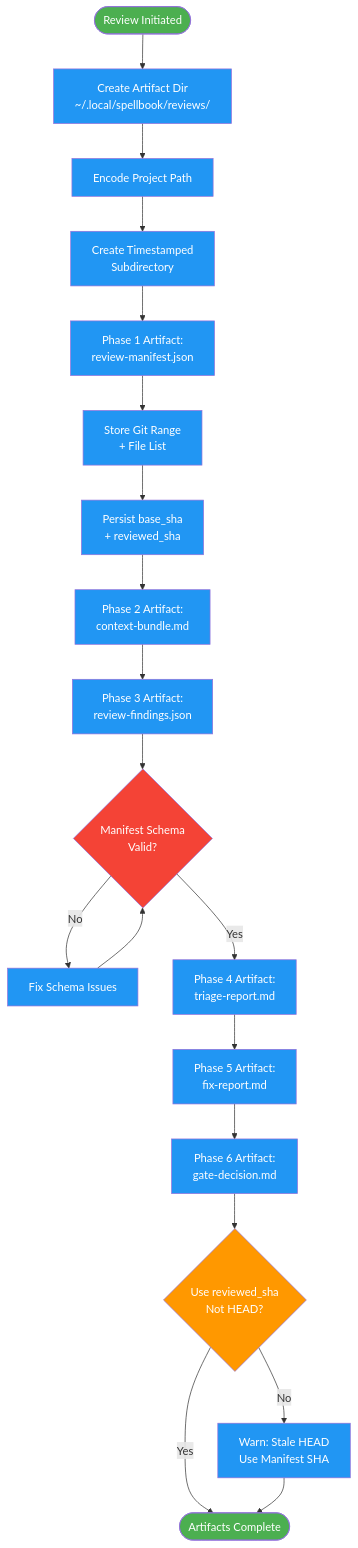
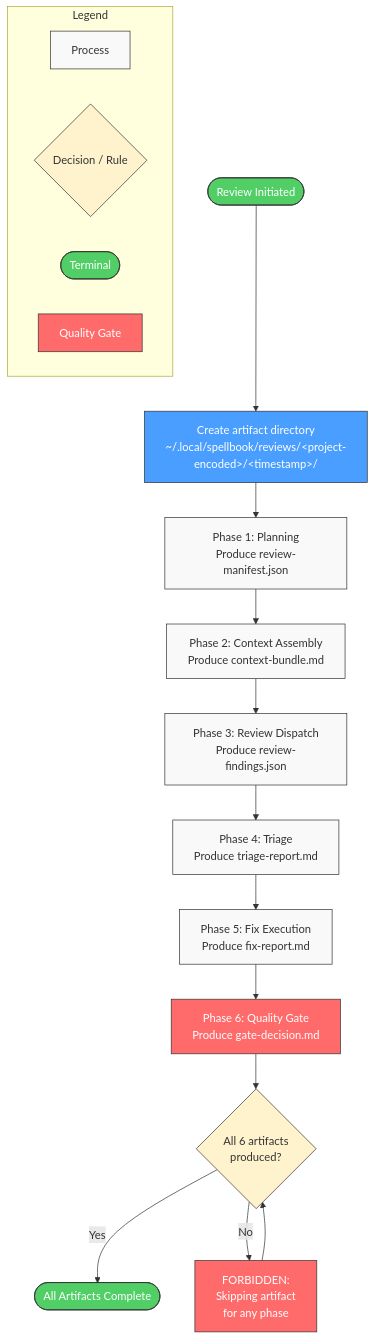
Before and after one commit to axiomantic/spellbook: the first of 3 diagrams in docs/commands/request-review-artifacts.md, drawn with Mermaid. The commit also changed other lines of this file and 217 other files, not shown here.

First line of the commit message:
Redesign develop skill execution model, add scope drift detection and dispatch enforcement

````diff
--- a/docs/commands/request-review-artifacts.md
+++ b/docs/commands/request-review-artifacts.md
@@ -7,39 +9,40 @@
 ```mermaid
 flowchart TD
-    Start([Review Initiated]) --> CreateDir["Create Artifact Dir\n~/.local/spellbook/reviews/"]
-    CreateDir --> EncodeProject["Encode Project Path"]
-    EncodeProject --> TimestampDir["Create Timestamped\nSubdirectory"]
-    TimestampDir --> P1Art["Phase 1 Artifact:\nreview-manifest.json"]
-    P1Art --> StoreRange["Store Git Range\n+ File List"]
-    StoreRange --> StoreSHA["Persist base_sha\n+ reviewed_sha"]
-    StoreSHA --> P2Art["Phase 2 Artifact:\ncontext-bundle.md"]
-    P2Art --> P3Art["Phase 3 Artifact:\nreview-findings.json"]
-    P3Art --> ValidateSchema{"Manifest Schema\nValid?"}
-    ValidateSchema -->|No| FixSchema["Fix Schema Issues"]
-    FixSchema --> ValidateSchema
-    ValidateSchema -->|Yes| P4Art["Phase 4 Artifact:\ntriage-report.md"]
-    P4Art --> P5Art["Phase 5 Artifact:\nfix-report.md"]
-    P5Art --> P6Art["Phase 6 Artifact:\ngate-decision.md"]
-    P6Art --> SHACheck{"Use reviewed_sha\nNot HEAD?"}
-    SHACheck -->|Yes| Done([Artifacts Complete])
-    SHACheck -->|No| WarnSHA["Warn: Stale HEAD\nUse Manifest SHA"]
-    WarnSHA --> Done
+    subgraph Legend
+        direction LR
+        Lp[Process]
+        Ld{Decision / Rule}
+        Lt([Terminal])
+        Lg["Quality Gate"]
+        style Lp fill:#f9f9f9,stroke:#333
+        style Ld fill:#fff3cd,stroke:#333
+        style Lt fill:#51cf66,stroke:#333,color:#fff
+        style Lg fill:#ff6b6b,stroke:#333,color:#fff
+    end
 
-    style Start fill:#4CAF50,color:#fff
-    style Done fill:#4CAF50,color:#fff
-    style CreateDir fill:#2196F3,color:#fff
-    style EncodeProject fill:#2196F3,color:#fff
-    style TimestampDir fill:#2196F3,color:#fff
-    style P1Art fill:#2196F3,color:#fff
-    style StoreRange fill:#2196F3,color:#fff
-    style StoreSHA fill:#2196F3,color:#fff
-    style P2Art fill:#2196F3,color:#fff
-    style P3Art fill:#2196F3,color:#fff
-    style FixSchema fill:#2196F3,color:#fff
-    style P4Art fill:#2196F3,color:#fff
-    style P5Art fill:#2196F3,color:#fff
-    style P6Art fill:#2196F3,color:#fff
-    style WarnSHA fill:#2196F3,color:#fff
-    style ValidateSchema fill:#f44336,color:#fff
-    style SHACheck fill:#FF9800,color:#fff
+    Start([Review Initiated]) --> DirCreate["Create artifact directory<br>~/.local/spellbook/reviews/&lt;project-encoded&gt;/&lt;timestamp&gt;/"]
+
+    DirCreate --> P1["Phase 1: Planning<br>Produce review-manifest.json"]
+    P1 --> P2["Phase 2: Context Assembly<br>Produce context-bundle.md"]
+    P2 --> P3["Phase 3: Review Dispatch<br>Produce review-findings.json"]
+    P3 --> P4["Phase 4: Triage<br>Produce triage-report.md"]
+    P4 --> P5["Phase 5: Fix Execution<br>Produce fix-report.md"]
+    P5 --> P6["Phase 6: Quality Gate<br>Produce gate-decision.md"]
+
+    P6 --> ArtifactCheck{"All 6 artifacts<br>produced?"}
+    ArtifactCheck -->|Yes| Complete([All Artifacts Complete])
+    ArtifactCheck -->|No| Violation["FORBIDDEN:<br>Skipping artifact<br>for any phase"]
+    Violation --> ArtifactCheck
+
+    style Start fill:#51cf66,stroke:#333,color:#fff
+    style Complete fill:#51cf66,stroke:#333,color:#fff
+    style DirCreate fill:#4a9eff,stroke:#333,color:#fff
+    style P1 fill:#f9f9f9,stroke:#333
+    style P2 fill:#f9f9f9,stroke:#333
+    style P3 fill:#f9f9f9,stroke:#333
+    style P4 fill:#f9f9f9,stroke:#333
+    style P5 fill:#f9f9f9,stroke:#333
+    style P6 fill:#ff6b6b,stroke:#333,color:#fff
+    style ArtifactCheck fill:#fff3cd,stroke:#333
+    style Violation fill:#ff6b6b,stroke:#333,color:#fff
 ```
````
